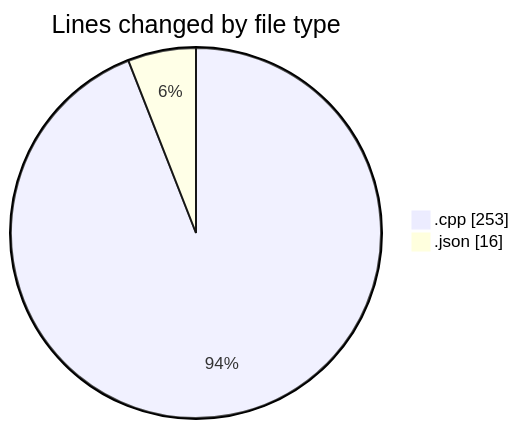
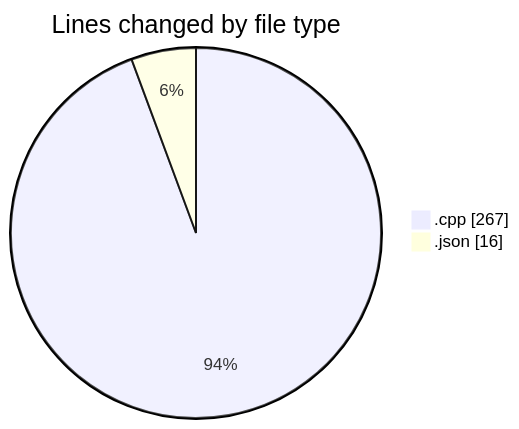
One commit to Netris89/code-tracking changed the first of 2 diagrams in 2025-04-23/echo/README.md. Above: the diagram before and after it, drawn with Mermaid. The commit also changed other lines of this file and 1 other file, not shown here.

````diff
--- a/2025-04-23/echo/README.md
+++ b/2025-04-23/echo/README.md
@@ -21,6 +21,6 @@
 ```mermaid
 pie showData
 title Lines changed by file type
-".cpp" : 253
+".cpp" : 267
 ".json" : 16
 ```
````
